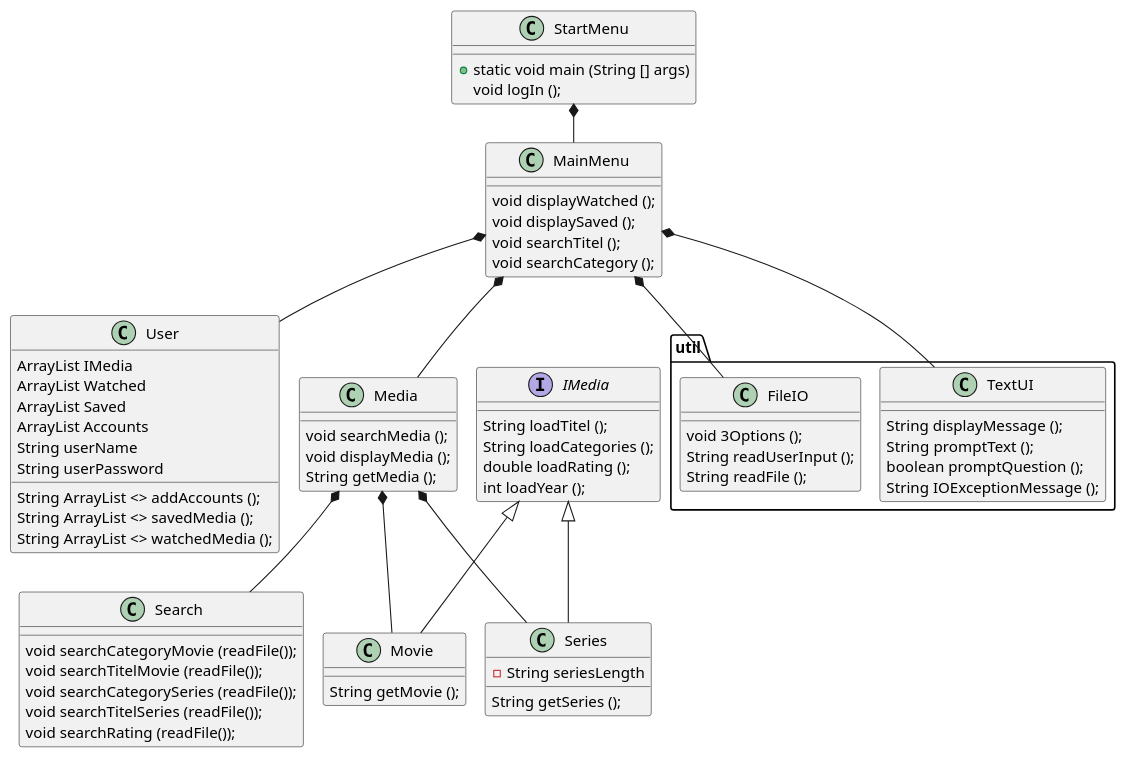
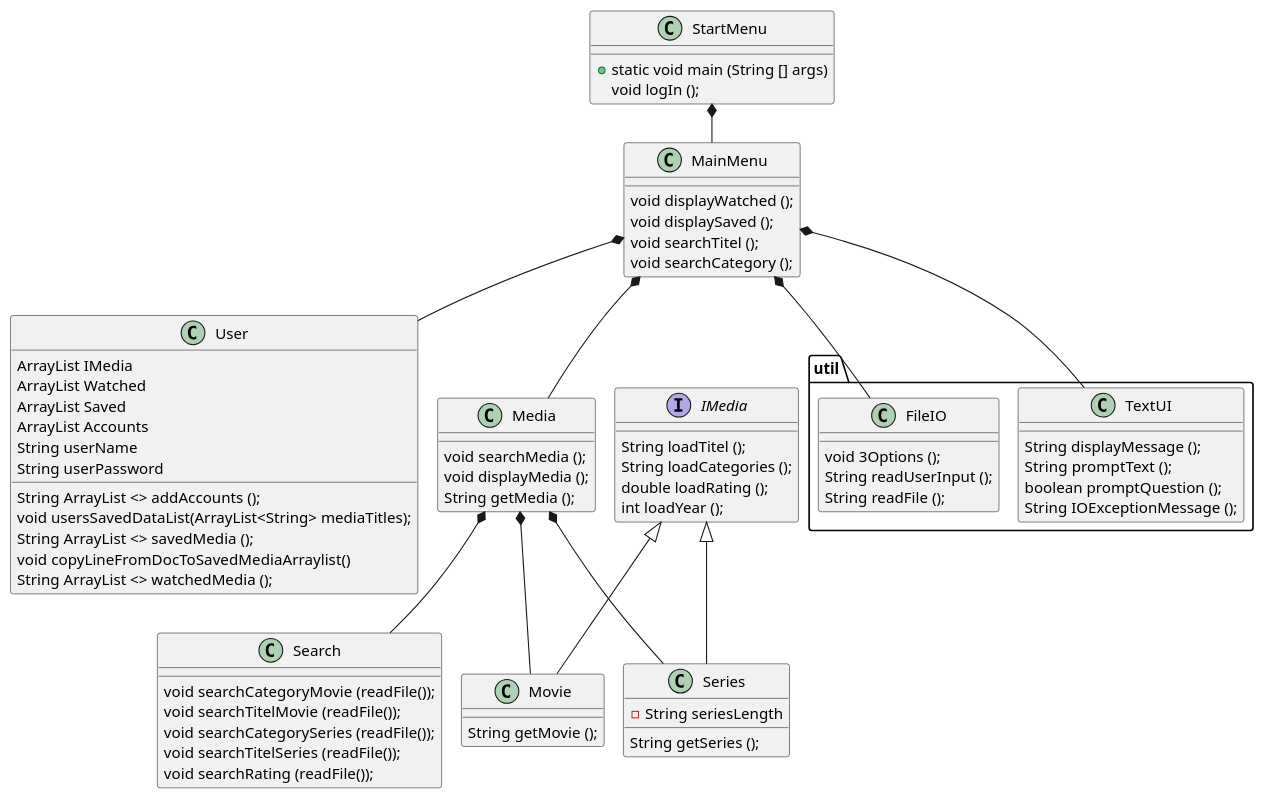
One commit to NicolineNV/SP3___Nasta_Nicoline_Christian_Sussie___Sem_1 changed the diagram in Doc/Static/ClassDiagram_v1.puml. Above: the diagram before and after it, drawn with PlantUML. The commit also changed 4 other files, not shown here.

```diff
--- a/Doc/Static/ClassDiagram_v1.puml
+++ b/Doc/Static/ClassDiagram_v1.puml
@@ -1,102 +1,104 @@
 @startuml
 !pragma layout smetana
 
 class StartMenu {
 + static void main (String [] args)
 void logIn ();
 }
 
 class MainMenu {
 void displayWatched ();
 void displaySaved ();
 void searchTitel ();
 void searchCategory ();
 }
 
 class User {
 ArrayList IMedia
 ArrayList Watched
 ArrayList Saved
 ArrayList Accounts
 String userName
 String userPassword
 String ArrayList <> addAccounts ();
+void usersSavedDataList(ArrayList<String> mediaTitles);
 String ArrayList <> savedMedia ();
+void copyLineFromDocToSavedMediaArraylist()
 String ArrayList <> watchedMedia ();
 }
 
 class Media {
 void searchMedia ();
 void displayMedia ();
 String getMedia ();
 }
 
 
 
 class Search {
 void searchCategoryMovie (readFile());
 void searchTitelMovie (readFile());
 void searchCategorySeries (readFile());
 void searchTitelSeries (readFile());
 void searchRating (readFile());
 
 }
 
 class Movie {
 String getMovie ();
 }
 
 
 
 class Series {
 - String seriesLength
 String getSeries ();
 }
 
 
 
 interface IMedia {
 String loadTitel ();
 String loadCategories ();
 double loadRating ();
 int loadYear ();
 
 }
 
 package util {
 
 class TextUI {
 String displayMessage ();
 String promptText ();
 boolean promptQuestion ();
 String IOExceptionMessage ();
 }
 
 
 
 class FileIO {
 void 3Options ();
 String readUserInput ();
 String readFile ();
 }
 
 }
 
 StartMenu *-- MainMenu
 
 IMedia <|-- Series
 IMedia <|-- Movie
 
 
 
 MainMenu *-- User
 MainMenu *-- Media
 MainMenu *-- TextUI
 MainMenu *-- FileIO
 
 
 Media *-- Movie
 Media *-- Series
 Media *-- Search
 
 @enduml
```
